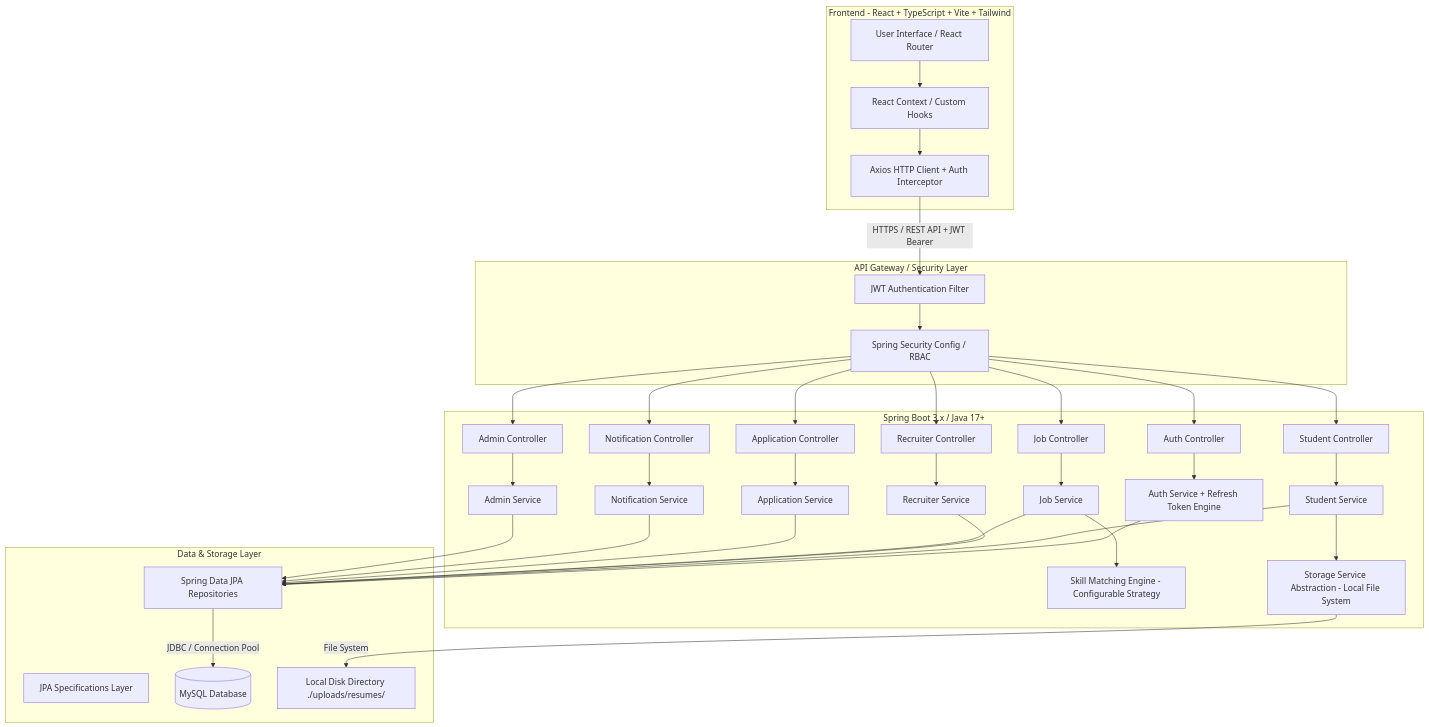
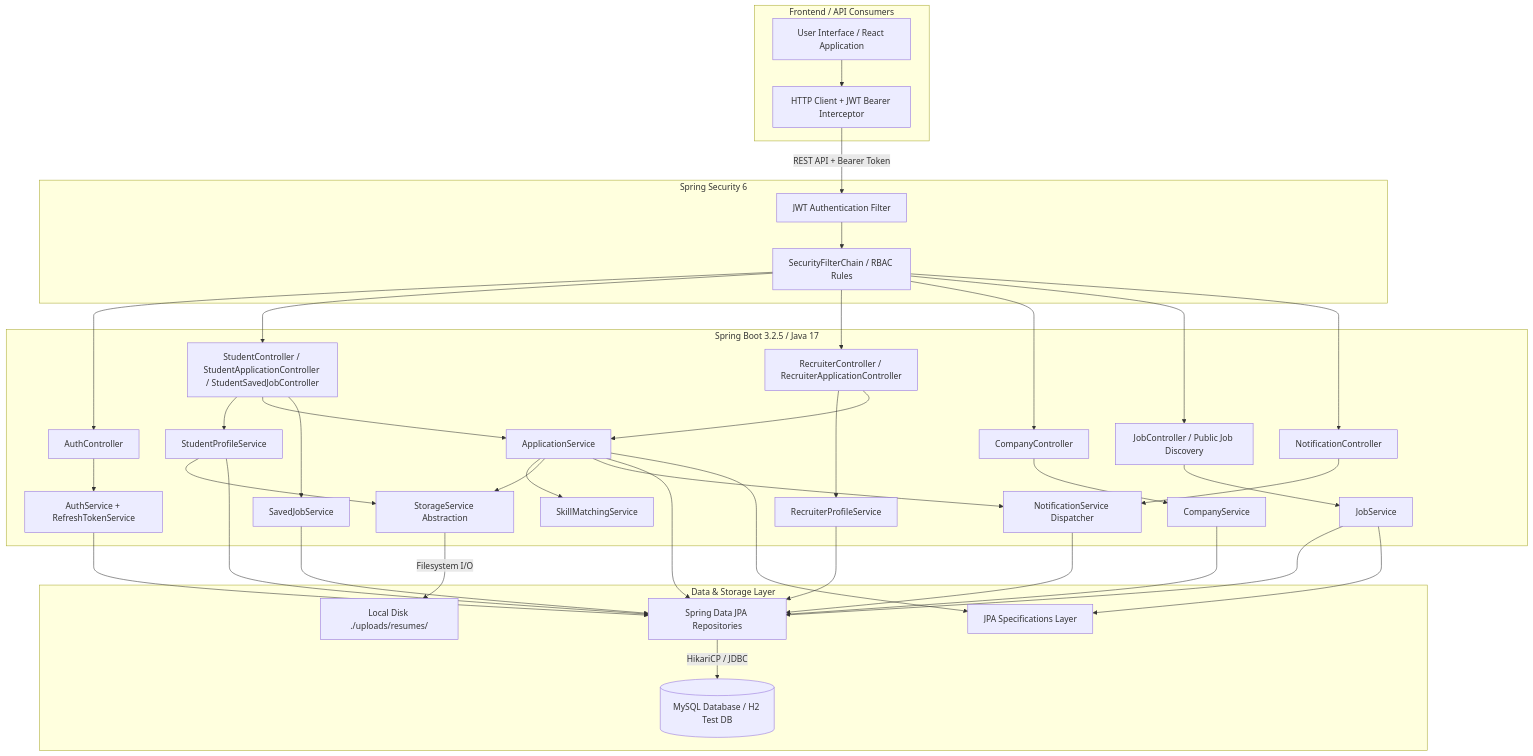
One commit to Dj-gamer007/CareerForge changed the first of 4 diagrams in docs/architecture.md. Above: the diagram before and after it, drawn with Mermaid. The commit also changed other lines of this file and 2 other files, not shown here.

````diff
--- a/docs/architecture.md
+++ b/docs/architecture.md
@@ -25,53 +25,58 @@
 ```mermaid
 graph TD
-    subgraph Client Layer [Frontend - React + TypeScript + Vite + Tailwind]
-        UI[User Interface / React Router]
-        Axios[Axios HTTP Client + Auth Interceptor]
-        State[React Context / Custom Hooks]
-        UI --> State
-        State --> Axios
+    subgraph Client Layer [Frontend / API Consumers]
+        UI[User Interface / React Application]
+        Axios[HTTP Client + JWT Bearer Interceptor]
+        UI --> Axios
     end
 
-    subgraph API Gateway / Security Layer
+    subgraph API Gateway & Security Layer [Spring Security 6]
         JWTFilter[JWT Authentication Filter]
-        SecConfig[Spring Security Config / RBAC]
-        Axios -->|HTTPS / REST API + JWT Bearer| JWTFilter
+        SecConfig[SecurityFilterChain / RBAC Rules]
+        Axios -->|REST API + Bearer Token| JWTFilter
         JWTFilter --> SecConfig
     end
 
-    subgraph Backend Application Layer [Spring Boot 3.x / Java 17+]
-        SecConfig --> AuthCtrl[Auth Controller]
-        SecConfig --> StudCtrl[Student Controller]
-        SecConfig --> RecCtrl[Recruiter Controller]
-        SecConfig --> JobCtrl[Job Controller]
-        SecConfig --> AppCtrl[Application Controller]
-        SecConfig --> NotifCtrl[Notification Controller]
-        SecConfig --> AdminCtrl[Admin Controller]
+    subgraph Backend Application Layer [Spring Boot 3.2.5 / Java 17]
+        SecConfig --> AuthCtrl[AuthController]
+        SecConfig --> StudCtrl[StudentController / StudentApplicationController / StudentSavedJobController]
+        SecConfig --> RecCtrl[RecruiterController / RecruiterApplicationController]
+        SecConfig --> CompCtrl[CompanyController]
+        SecConfig --> JobCtrl[JobController / Public Job Discovery]
+        SecConfig --> NotifCtrl[NotificationController]
 
-        AuthCtrl --> AuthService[Auth Service + Refresh Token Engine]
-        StudCtrl --> StudService[Student Service]
-        RecCtrl --> RecService[Recruiter Service]
-        JobCtrl --> JobService[Job Service]
-        AppCtrl --> AppService[Application Service]
-        NotifCtrl --> NotifService[Notification Service]
-        AdminCtrl --> AdminService[Admin Service]
+        AuthCtrl --> AuthService[AuthService + RefreshTokenService]
+        StudCtrl --> StudService[StudentProfileService]
+        StudCtrl --> AppService[ApplicationService]
+        StudCtrl --> SavedJobService[SavedJobService]
+        RecCtrl --> RecService[RecruiterProfileService]
+        RecCtrl --> AppService
+        CompCtrl --> CompService[CompanyService]
+        JobCtrl --> JobService[JobService]
+        NotifCtrl --> NotifService[NotificationService]
 
-        JobService --> MatchEngine[Skill Matching Engine - Configurable Strategy]
-        StudService --> StorageService[Storage Service Abstraction - Local File System]
+        AppService --> MatchEngine[SkillMatchingService]
+        AppService --> StorageService[StorageService Abstraction]
+        AppService --> NotifService[NotificationService Dispatcher]
+        StudService --> StorageService
     end
 
     subgraph Data & Storage Layer
         Repo[Spring Data JPA Repositories]
         Spec[JPA Specifications Layer]
+        
         AuthService --> Repo
         StudService --> Repo
         RecService --> Repo
+        CompService --> Repo
         JobService --> Repo
         AppService --> Repo
+        SavedJobService --> Repo
         NotifService --> Repo
-        AdminService --> Repo
+        JobService --> Spec
+        AppService --> Spec
 
-        Repo -->|JDBC / Connection Pool| MySQL[(MySQL Database)]
-        StorageService -->|File System| FileStorage[Local Disk Directory ./uploads/resumes/]
+        Repo -->|HikariCP / JDBC| MySQL[(MySQL Database / H2 Test DB)]
+        StorageService -->|Filesystem I/O| DiskStorage[Local Disk ./uploads/resumes/]
     end
 ```
````
